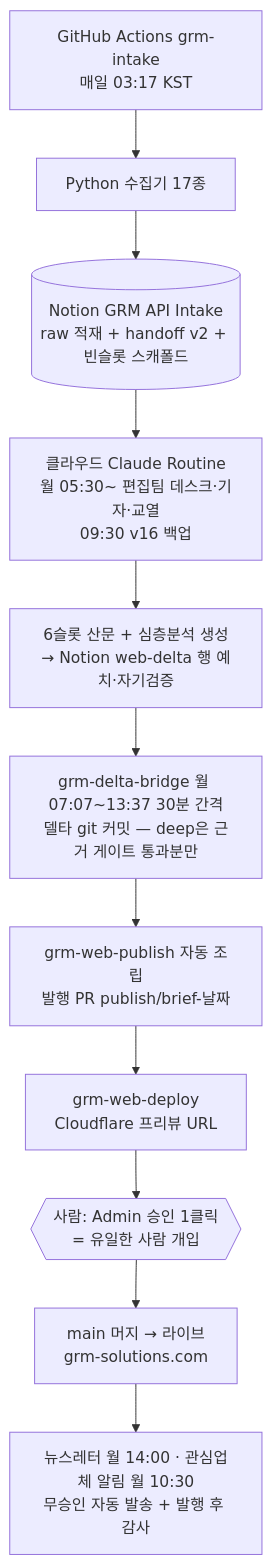
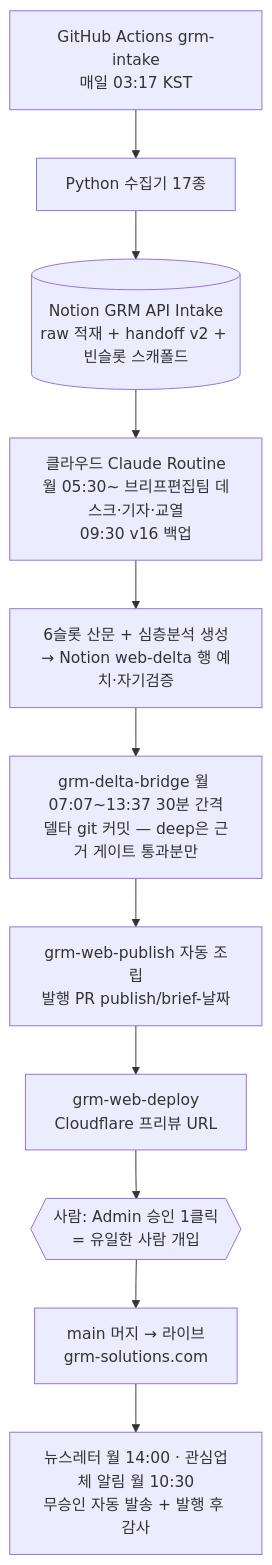
The second of 3 diagrams in GRM_SYSTEM.md (MINHOYEOM/grm-api-intake), drawn with Mermaid before and after one commit. The commit also changed other lines of this file and 17 other files, not shown here.

````diff
--- a/GRM_SYSTEM.md
+++ b/GRM_SYSTEM.md
@@ -168,13 +168,13 @@
 ```mermaid
 flowchart TD
     A[GitHub Actions grm-intake<br/>매일 03:17 KST] --> B[Python 수집기 17종]
     B --> C[(Notion GRM API Intake<br/>raw 적재 + handoff v2 + 빈슬롯 스캐폴드)]
-    C --> D[클라우드 Claude Routine<br/>월 05:30~ 편집팀 데스크·기자·교열<br/>09:30 v16 백업]
+    C --> D[클라우드 Claude Routine<br/>월 05:30~ 브리프편집팀 데스크·기자·교열<br/>09:30 v16 백업]
     D --> E[6슬롯 산문 + 심층분석 생성<br/>→ Notion web-delta 행 예치·자기검증]
     E --> F[grm-delta-bridge 월 07:07~13:37 30분 간격<br/>델타 git 커밋 — deep은 근거 게이트 통과분만]
     F --> G[grm-web-publish 자동 조립<br/>발행 PR publish/brief-날짜]
     G --> H[grm-web-deploy<br/>Cloudflare 프리뷰 URL]
     H --> I{{사람: Admin 승인 1클릭<br/>= 유일한 사람 개입}}
     I --> J[main 머지 → 라이브<br/>grm-solutions.com]
     J --> K[뉴스레터 월 14:00 · 관심업체 알림 월 10:30<br/>무승인 자동 발송 + 발행 후 감사]
 ```
````
